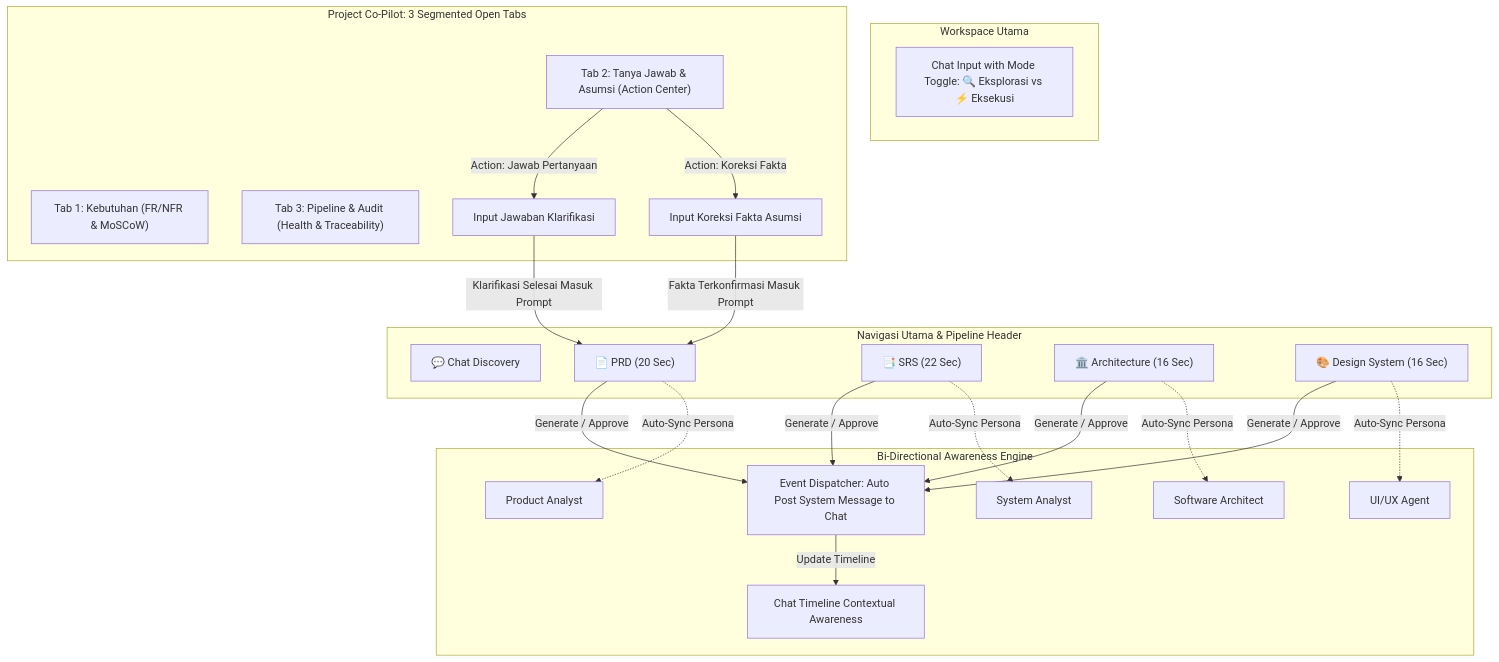
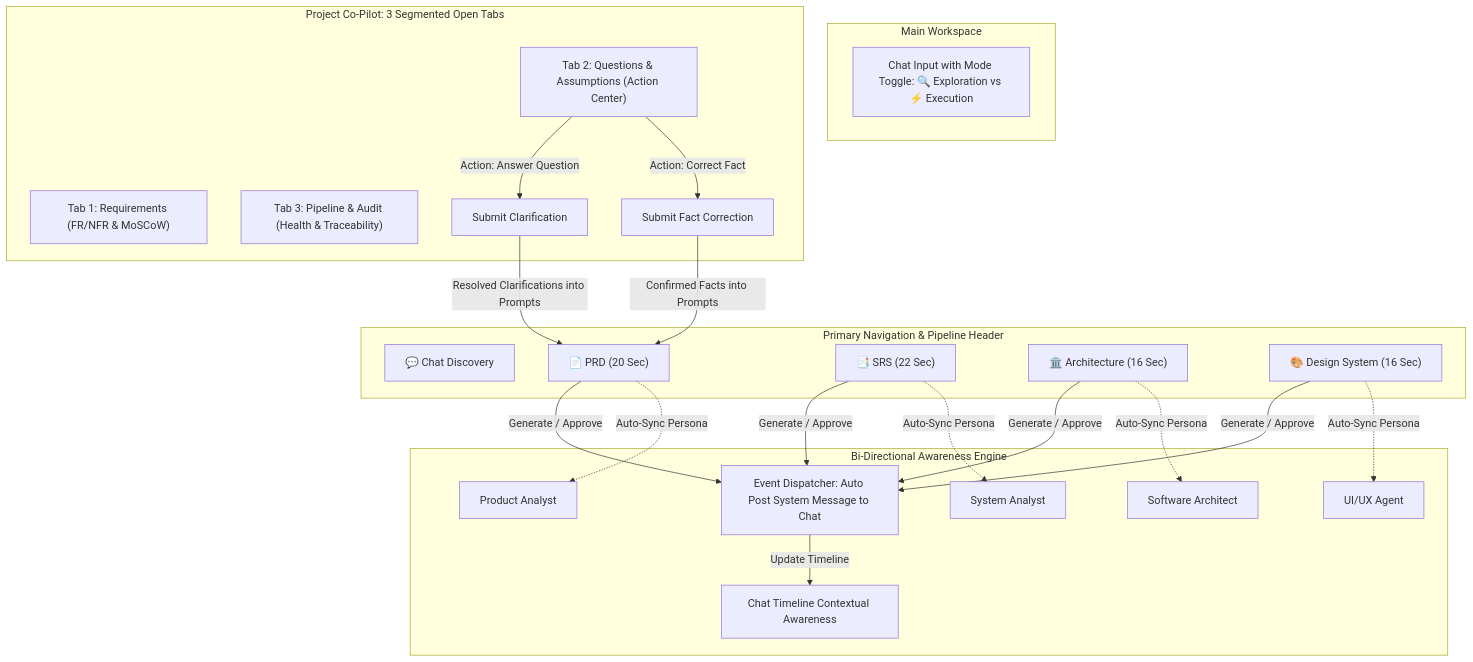
Before and after one commit to luftinur/Specra: the diagram in docs/artifacts/plan_unified_copilot_assumptions_and_pipeline_ux.md, drawn with Mermaid. The commit also changed other lines of this file and 37 other files, not shown here.

````diff
--- a/docs/artifacts/plan_unified_copilot_assumptions_and_pipeline_ux.md
+++ b/docs/artifacts/plan_unified_copilot_assumptions_and_pipeline_ux.md
@@ -25,40 +25,40 @@
 ```mermaid
 flowchart TD
-    subgraph UX_TopNav [Navigasi Utama & Pipeline Header]
+    subgraph UX_TopNav [Primary Navigation & Pipeline Header]
         V_CHAT["💬 Chat Discovery"]
         V_PRD["📄 PRD (20 Sec)"]
         V_SRS["📑 SRS (22 Sec)"]
         V_ARCH["🏛️ Architecture (16 Sec)"]
         V_DES["🎨 Design System (16 Sec)"]
     end
 
     subgraph BiDirectional [Bi-Directional Awareness Engine]
         V_PRD -->|Generate / Approve| EVT["Event Dispatcher: Auto Post System Message to Chat"]
         V_SRS -->|Generate / Approve| EVT
         V_ARCH -->|Generate / Approve| EVT
         V_DES -->|Generate / Approve| EVT
         EVT -->|Update Timeline| CHAT_STREAM["Chat Timeline Contextual Awareness"]
         
         V_PRD -.->|Auto-Sync Persona| PA["Product Analyst"]
         V_SRS -.->|Auto-Sync Persona| SA["System Analyst"]
         V_ARCH -.->|Auto-Sync Persona| ARC["Software Architect"]
         V_DES -.->|Auto-Sync Persona| UIX["UI/UX Agent"]
     end
 
-    subgraph CenterStage [Workspace Utama]
+    subgraph CenterStage [Main Workspace]
         CHAT_STREAM
-        INPUT_BOX["Chat Input with Mode Toggle: 🔍 Eksplorasi vs ⚡ Eksekusi"]
+        INPUT_BOX["Chat Input with Mode Toggle: 🔍 Exploration vs ⚡ Execution"]
     end
 
     subgraph RightCoPilot [Project Co-Pilot: 3 Segmented Open Tabs]
-        TAB_REQ["Tab 1: Kebutuhan (FR/NFR & MoSCoW)"]
-        TAB_QA["Tab 2: Tanya Jawab & Asumsi (Action Center)"]
+        TAB_REQ["Tab 1: Requirements (FR/NFR & MoSCoW)"]
+        TAB_QA["Tab 2: Questions & Assumptions (Action Center)"]
         TAB_PIPE["Tab 3: Pipeline & Audit (Health & Traceability)"]
         
-        TAB_QA -->|Action: Jawab Pertanyaan| ANS_Q["Input Jawaban Klarifikasi"]
-        TAB_QA -->|Action: Koreksi Fakta| CORR_A["Input Koreksi Fakta Asumsi"]
+        TAB_QA -->|Action: Answer Question| ANS_Q["Submit Clarification"]
+        TAB_QA -->|Action: Correct Fact| CORR_A["Submit Fact Correction"]
     end
 
-    CORR_A -->|Fakta Terkonfirmasi Masuk Prompt| V_PRD
-    ANS_Q -->|Klarifikasi Selesai Masuk Prompt| V_PRD
+    CORR_A -->|Confirmed Facts into Prompts| V_PRD
+    ANS_Q -->|Resolved Clarifications into Prompts| V_PRD
 ```
````
